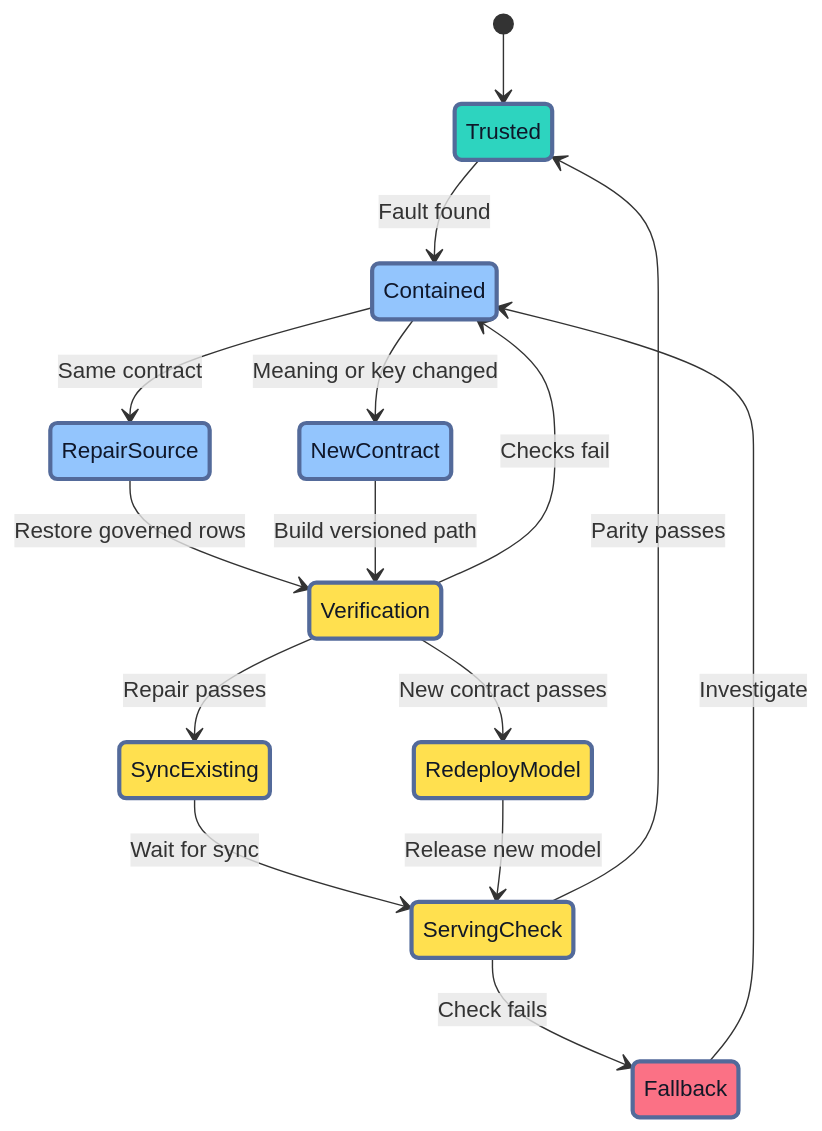
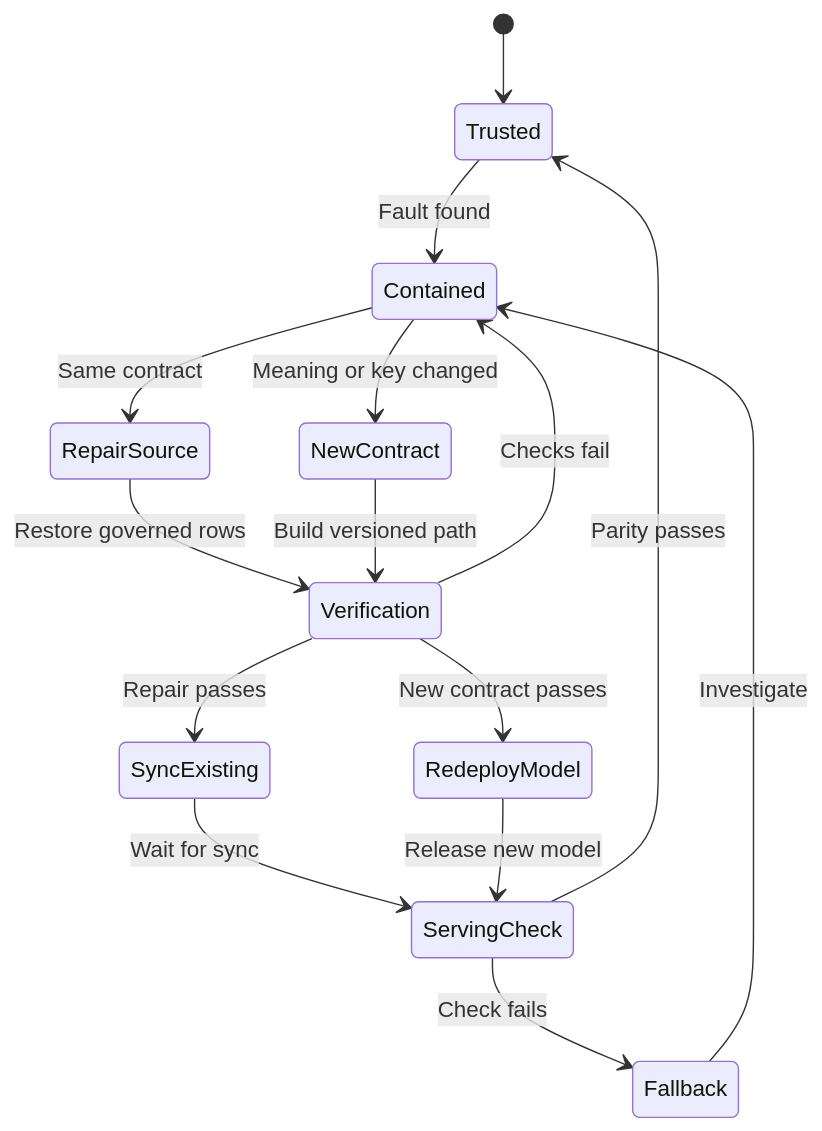
One commit to senlinyy/dev-roadmaps changed the second of 2 diagrams in roadmaps/mlops/modules/mlops-infrastructure/cloud-mlops-services/databricks-mlops/03-feature-engineering-point-in-time-correctness.md. Above: the diagram before and after it, drawn with Mermaid. The commit also changed other lines of this file and 152 other files, not shown here.

Commit message:
feat: mlops and diagrams updated

````diff
--- a/roadmaps/mlops/modules/mlops-infrastructure/cloud-mlops-services/databricks-mlops/03-feature-engineering-point-in-time-correctness.md
+++ b/roadmaps/mlops/modules/mlops-infrastructure/cloud-mlops-services/databricks-mlops/03-feature-engineering-point-in-time-correctness.md
@@ -554,26 +550,22 @@
 ```mermaid
 stateDiagram-v2
     [*] --> Trusted
     Trusted --> Contained: Fault found
     Contained --> RepairSource: Same contract
     Contained --> NewContract: Meaning or key changed
     RepairSource --> Verification: Restore governed rows
     NewContract --> Verification: Build versioned path
     Verification --> Contained: Checks fail
     Verification --> SyncExisting: Repair passes
     Verification --> RedeployModel: New contract passes
     SyncExisting --> ServingCheck: Wait for sync
     RedeployModel --> ServingCheck: Release new model
     ServingCheck --> Trusted: Parity passes
     ServingCheck --> Fallback: Check fails
     Fallback --> Contained: Investigate
 
-    classDef trusted fill:#2DD4BF,stroke:#536A9A,stroke-width:3px,color:#0F172A
-    classDef work fill:#93C5FD,stroke:#536A9A,stroke-width:3px,color:#0F172A
-    classDef gate fill:#FFE04F,stroke:#536A9A,stroke-width:3px,color:#111827
-    classDef risk fill:#FB7185,stroke:#536A9A,stroke-width:3px,color:#111827
     class Trusted trusted
     class Contained,RepairSource,NewContract work
     class Verification,SyncExisting,RedeployModel,ServingCheck gate
     class Fallback risk
 ```
````
